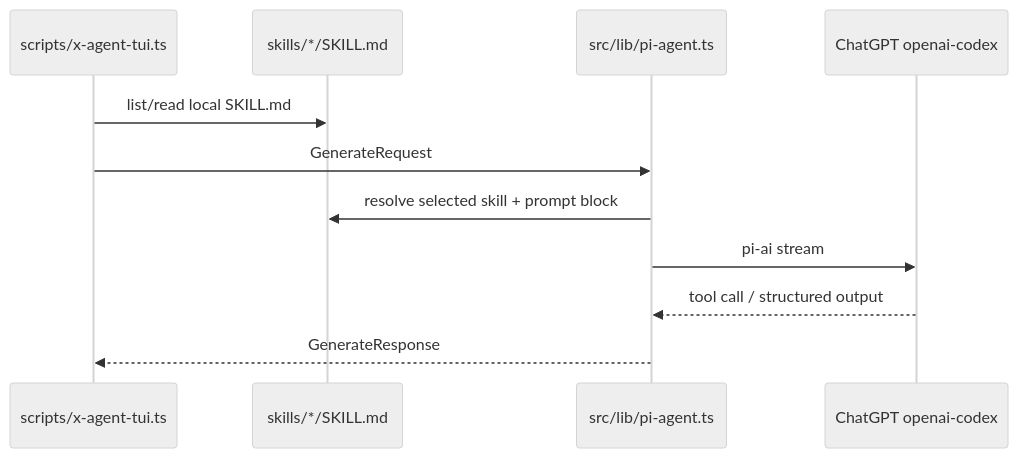
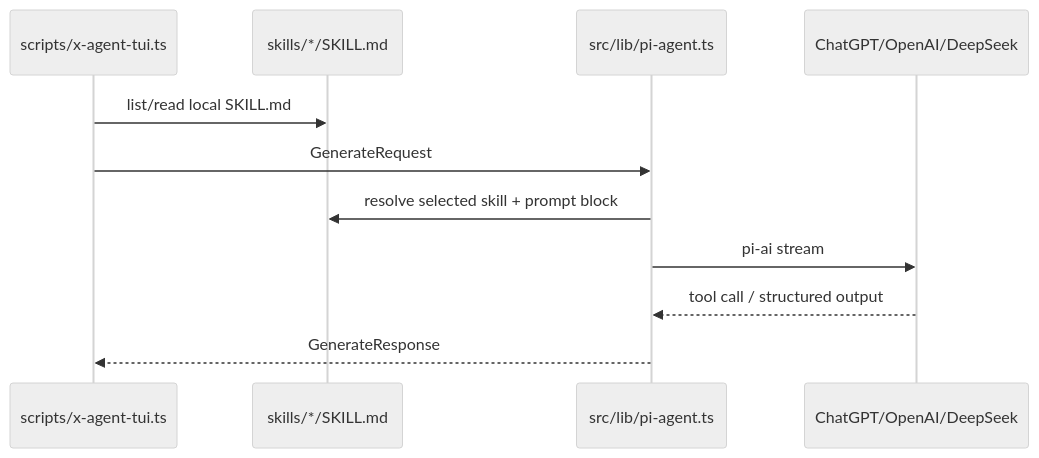
One commit to story2u/x-agent changed the diagram in docs/数据流程.md. Above: the diagram before and after it, drawn with Mermaid (neutral theme). The commit also changed other lines of this file and 31 other files, not shown here.

Commit message:
Add DeepSeek provider and fortune pipeline

````diff
--- a/docs/数据流程.md
+++ b/docs/数据流程.md
@@ -5,14 +5,14 @@
 ```mermaid
 sequenceDiagram
   participant TUI as scripts/x-agent-tui.ts
   participant Skills as skills/*/SKILL.md
   participant Agent as src/lib/pi-agent.ts
-  participant Model as ChatGPT openai-codex
+  participant Model as ChatGPT/OpenAI/DeepSeek
 
   TUI->>Skills: list/read local SKILL.md
   TUI->>Agent: GenerateRequest
   Agent->>Skills: resolve selected skill + prompt block
   Agent->>Model: pi-ai stream
   Model-->>Agent: tool call / structured output
   Agent-->>TUI: GenerateResponse
 ```
````
